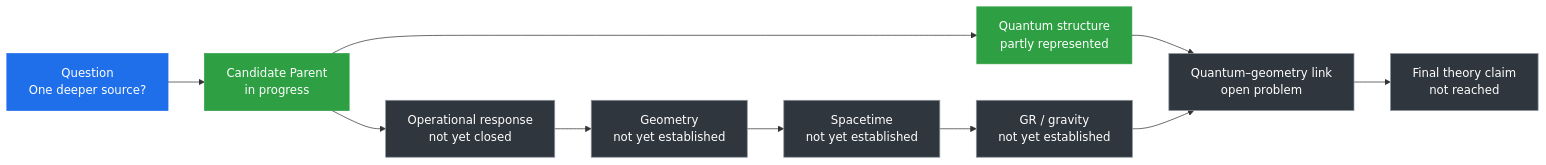
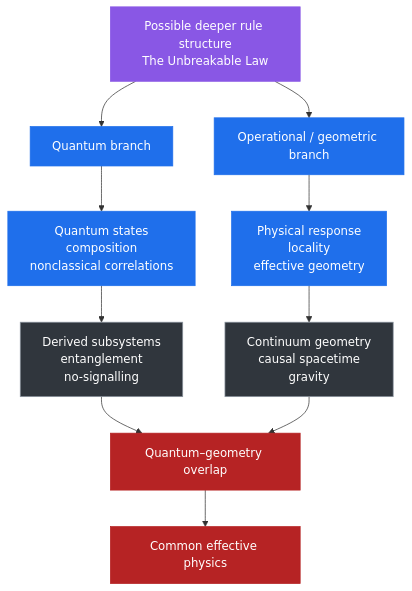
One commit to cameron467/The-Unbreakable-Law changed the third of 5 diagrams in Simplified_Framework/WHY_THIS_IS_NOT_A_THEORY_OF_EVERYTHING_YET.md. Above: the diagram before and after it, drawn with Mermaid. The commit also changed other lines of this file, not shown here.

````diff
--- a/Simplified_Framework/WHY_THIS_IS_NOT_A_THEORY_OF_EVERYTHING_YET.md
+++ b/Simplified_Framework/WHY_THIS_IS_NOT_A_THEORY_OF_EVERYTHING_YET.md
@@ -3,21 +175,42 @@
 ```mermaid
-flowchart LR
-    A["Question<br/>One deeper source?"] --> B["Candidate Parent<br/>in progress"]
-    B --> C["Operational response<br/>not yet closed"]
-    C --> D["Geometry<br/>not yet established"]
-    D --> E["Spacetime<br/>not yet established"]
-    E --> F["GR / gravity<br/>not yet established"]
+flowchart TD
 
-    B --> G["Quantum structure<br/>partly represented"]
-    G --> H["Quantum–geometry link<br/>open problem"]
+    A["Possible deeper rule structure<br/>The Unbreakable Law"]
+
+    B["Quantum branch"]
+    C["Operational / geometric branch"]
+
+    D["Quantum states<br/>composition<br/>nonclassical correlations"]
+    E["Physical response<br/>locality<br/>effective geometry"]
+
+    F["Derived subsystems<br/>entanglement<br/>no-signalling"]
+    G["Continuum geometry<br/>causal spacetime<br/>gravity"]
+
+    H["Quantum–geometry overlap"]
+
+    I["Common effective physics"]
+
+    A --> B
+    A --> C
+
+    B --> D
+    D --> F
+
+    C --> E
+    E --> G
+
     F --> H
-    H --> I["Final theory claim<br/>not reached"]
+    G --> H
 
-    classDef progress fill:#2ea043,stroke:#2ea043,color:#ffffff;
+    H --> I
+
+    classDef root fill:#8957e5,stroke:#8957e5,color:#ffffff;
+    classDef branch fill:#1f6feb,stroke:#1f6feb,color:#ffffff;
     classDef open fill:#30363d,stroke:#8b949e,color:#ffffff;
-    classDef neutral fill:#1f6feb,stroke:#1f6feb,color:#ffffff;
+    classDef collision fill:#b62324,stroke:#b62324,color:#ffffff;
 
-    class A neutral;
-    class B,G progress;
-    class C,D,E,F,H,I open;
+    class A root;
+    class B,C,D,E branch;
+    class F,G open;
+    class H,I collision;
 ```
````
